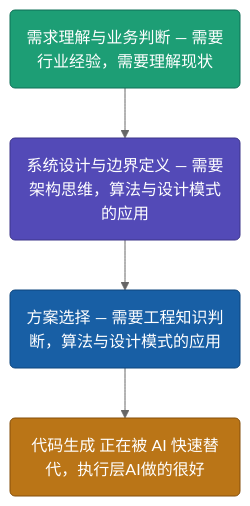
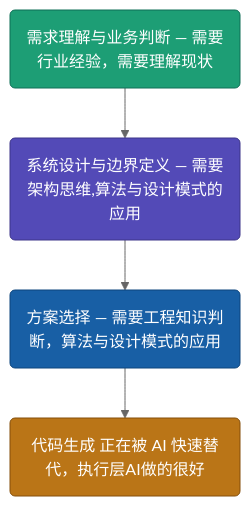
One commit to microwind/ai-skills changed the third of 11 diagrams in docs/carrer/ai-era-programmer-transformation-roadmap.md. Above: the diagram before and after it, drawn with Mermaid (neutral theme). The commit also changed other lines of this file, not shown here.

````diff
--- a/docs/carrer/ai-era-programmer-transformation-roadmap.md
+++ b/docs/carrer/ai-era-programmer-transformation-roadmap.md
@@ -76,14 +76,14 @@
 ```mermaid
 flowchart TB
     A("代码生成 正在被 AI 快速替代，执行层AI做的很好")
     B("方案选择 — 需要工程知识判断，算法与设计模式的应用")
-    C("系统设计与边界定义 — 需要架构思维，算法与设计模式的应用")
+    C("系统设计与边界定义 — 需要架构思维,算法与设计模式的应用")
     D("需求理解与业务判断 — 需要行业经验，需要理解现状")
 
     D --> C --> B --> A
 
     style A fill:#BA7517,stroke:#854F0B,color:#ffffff
     style B fill:#185FA5,stroke:#0C447C,color:#ffffff
     style C fill:#534AB7,stroke:#3C3489,color:#ffffff
     style D fill:#1D9E75,stroke:#0F6E56,color:#ffffff
 ```
````
